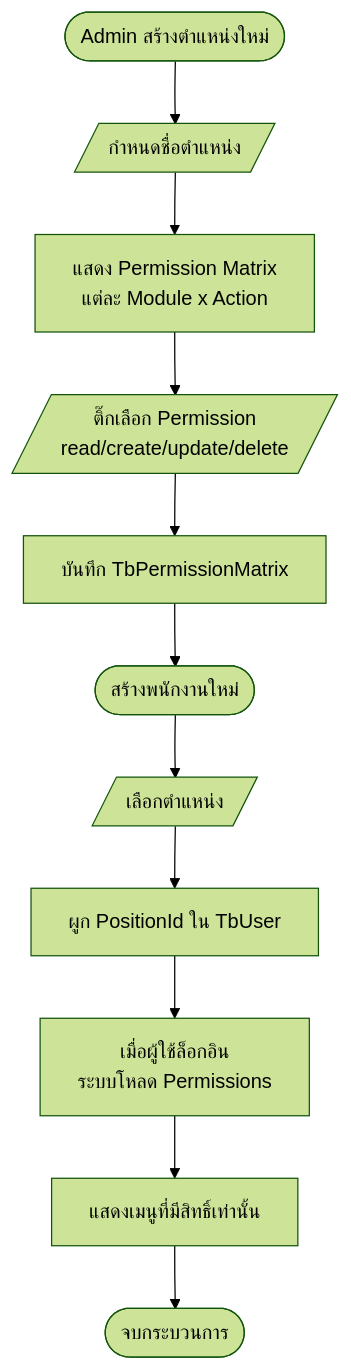
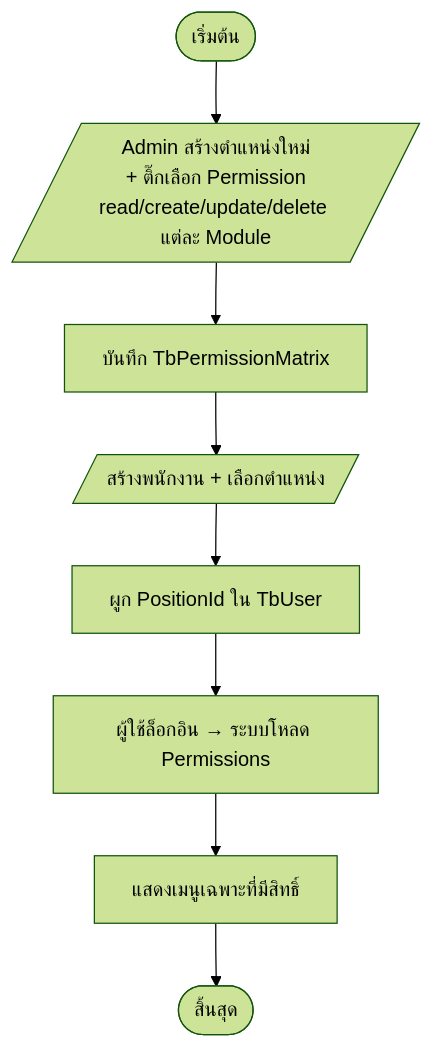
The ninth of 28 diagrams in doc/report/05-chapter-3-design.md (TurkPhakim/RBMS-POS-Website), drawn with Mermaid (forest theme) before and after one commit. The commit also changed other lines of this file and 7 other files, not shown here.

````diff
--- a/doc/report/05-chapter-3-design.md
+++ b/doc/report/05-chapter-3-design.md
@@ -492,13 +464,10 @@
 ```mermaid
 flowchart TD
-    A([Admin สร้างตำแหน่งใหม่]) --> B[/กำหนดชื่อตำแหน่ง/]
-    B --> C[แสดง Permission Matrix<br/>แต่ละ Module x Action]
-    C --> D[/ติ๊กเลือก Permission<br/>read/create/update/delete/]
-    D --> E[บันทึก TbPermissionMatrix]
-    E --> F([สร้างพนักงานใหม่])
-    F --> G[/เลือกตำแหน่ง/]
-    G --> H[ผูก PositionId ใน TbUser]
-    H --> I[เมื่อผู้ใช้ล็อกอิน<br/>ระบบโหลด Permissions]
-    I --> J[แสดงเมนูที่มีสิทธิ์เท่านั้น]
-    J --> K([จบกระบวนการ])
+    Start([เริ่มต้น]) --> A[/Admin สร้างตำแหน่งใหม่<br/>+ ติ๊กเลือก Permission<br/>read/create/update/delete แต่ละ Module/]
+    A --> B[บันทึก TbPermissionMatrix]
+    B --> C[/สร้างพนักงาน + เลือกตำแหน่ง/]
+    C --> D[ผูก PositionId ใน TbUser]
+    D --> E[ผู้ใช้ล็อกอิน → ระบบโหลด Permissions]
+    E --> F[แสดงเมนูเฉพาะที่มีสิทธิ์]
+    F --> End([สิ้นสุด])
 ```
````
